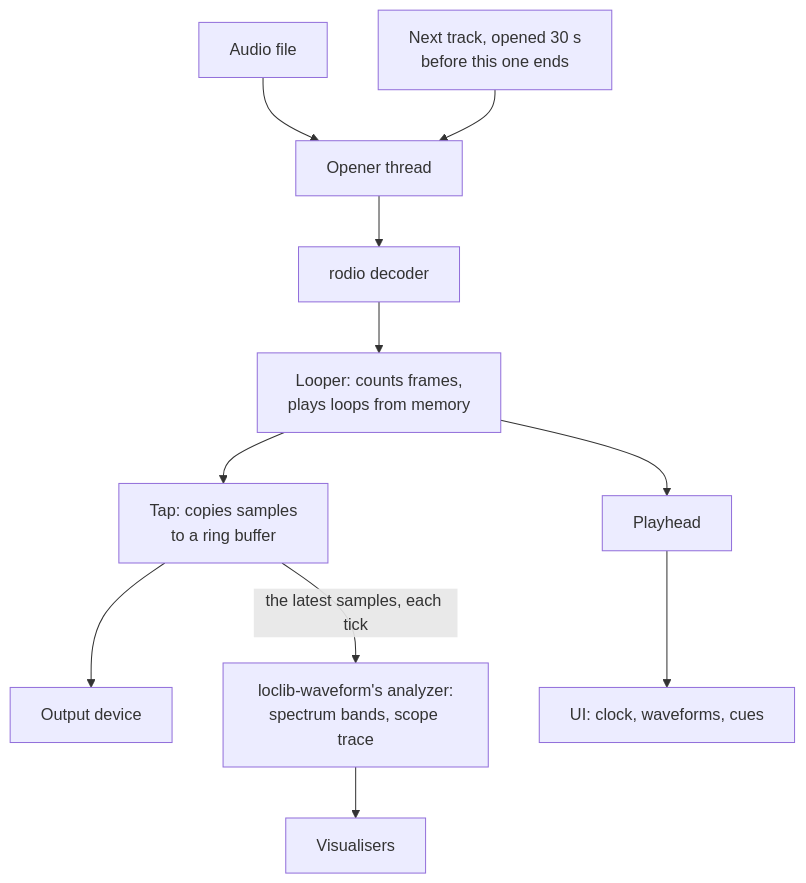
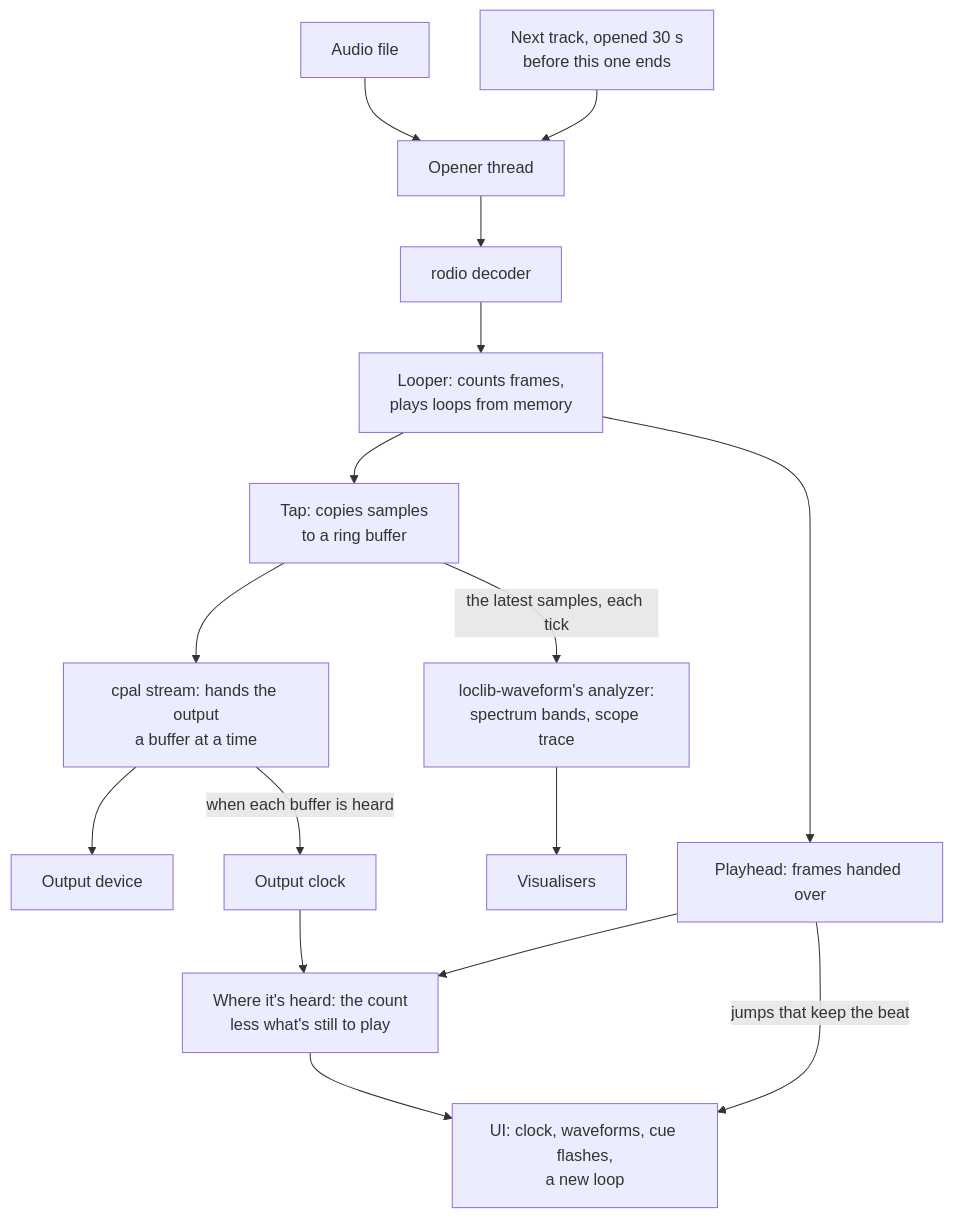
Diagram 13 of 17 in apps/locallibrary/docs/diagrams/player.md (cutenode/localnetwork), drawn with Mermaid before and after one commit. The commit also changed other lines of this file, not shown here.

Commit message:
docs(locallibrary): the playback diagrams show the output clock and the heard position

````diff
--- a/apps/locallibrary/docs/diagrams/player.md
+++ b/apps/locallibrary/docs/diagrams/player.md
@@ -284,13 +284,18 @@
 ```mermaid
 flowchart TD
     file["Audio file"] --> opener["Opener thread"]
     next["Next track, opened 30 s<br/>before this one ends"] --> opener
     opener --> decoder["rodio decoder"]
     decoder --> looper["Looper: counts frames,<br/>plays loops from memory"]
     looper --> tap["Tap: copies samples<br/>to a ring buffer"]
-    tap --> output["Output device"]
-    looper --> playhead["Playhead"]
-    playhead --> ui["UI: clock, waveforms, cues"]
+    tap --> stream["cpal stream: hands the output<br/>a buffer at a time"]
+    stream --> output["Output device"]
+    looper --> playhead["Playhead: frames handed over"]
+    stream -->|"when each buffer is heard"| clock["Output clock"]
+    playhead --> heard["Where it's heard: the count<br/>less what's still to play"]
+    clock --> heard
+    heard --> ui["UI: clock, waveforms, cue flashes,<br/>a new loop"]
+    playhead -->|"jumps that keep the beat"| ui
     tap -->|"the latest samples, each tick"| analyzer["loclib-waveform's analyzer:<br/>spectrum bands, scope trace"]
     analyzer --> vis["Visualisers"]
 ```
````
